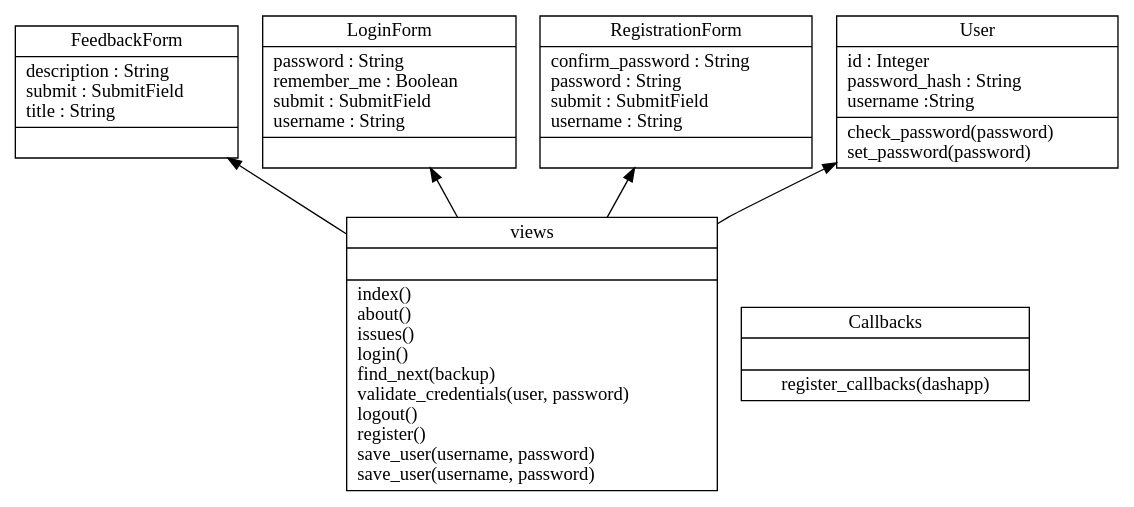
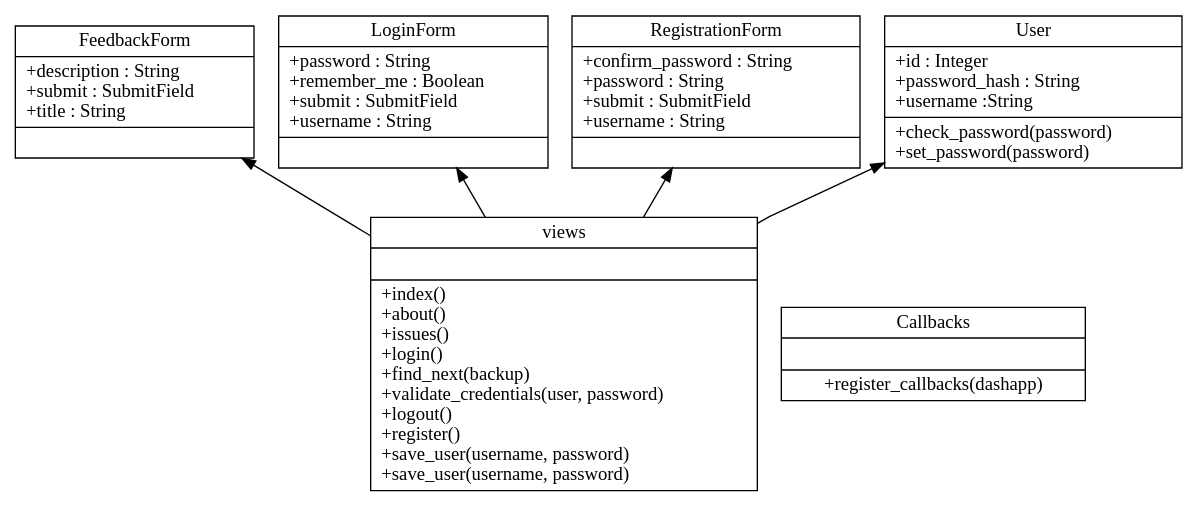
One commit to Veluga/Thalia-Backtesting-Tool changed the diagram in Report/uml/classes_thalia.dot. Above: the diagram before and after it, drawn with Graphviz. The commit also changed 1 other file, not shown here.

```diff
--- a/Report/uml/classes_thalia.dot
+++ b/Report/uml/classes_thalia.dot
@@ -1,14 +1,14 @@
 digraph "classes_thalia" {
 charset="utf-8"
 rankdir=BT
-"0" [label="{FeedbackForm|description : String\lsubmit : SubmitField\ltitle :  String\l|}", shape="record"];
-"1" [label="{LoginForm|password :  String\lremember_me : Boolean\lsubmit : SubmitField\lusername : String\l|}", shape="record"];
-"2" [label="{RegistrationForm|confirm_password :  String\lpassword : String\lsubmit : SubmitField\lusername :  String\l|}", shape="record"];
-"3" [label="{views|\l|index()\labout()\lissues()\llogin()\lfind_next(backup)\lvalidate_credentials(user, password)\llogout()\lregister()\lsave_user(username, password)\lsave_user(username, password)\l}", shape="record"];
-"4" [label="{User|id : Integer\lpassword_hash : String\lusername :String\l|check_password(password)\lset_password(password)\l}", shape="record"];
-"5" [label="{Callbacks|\l|register_callbacks(dashapp)}", shape="record"]
+"0" [label="{FeedbackForm|+description : String\l+submit : SubmitField\l+title :  String\l|}", shape="record"];
+"1" [label="{LoginForm|+password :  String\l+remember_me : Boolean\l+submit : SubmitField\l+username : String\l|}", shape="record"];
+"2" [label="{RegistrationForm|+confirm_password :  String\l+password : String\l+submit : SubmitField\l+username :  String\l|}", shape="record"];
+"3" [label="{views|\l|+index()\l+about()\l+issues()\l+login()\l+find_next(backup)\l+validate_credentials(user, password)\l+logout()\l+register()\l+save_user(username, password)\l+save_user(username, password)\l}", shape="record"];
+"4" [label="{User|+id : Integer\l+password_hash : String\l+username :String\l|+check_password(password)\l+set_password(password)\l}", shape="record"];
+"5" [label="{Callbacks|\l|+register_callbacks(dashapp)}", shape="record"]
 "3" -> "1" [arrowhead="normal", arrowtail="none", style="solid"];
 "3" -> "0" [arrowhead="normal", arrowtail="none", style="solid"];
 "3" -> "2" [arrowhead="normal", arrowtail="none", style="solid"];
 "3" -> "4" [arrowhead="normal", arrowtail="none", style="solid"];
 }
```
